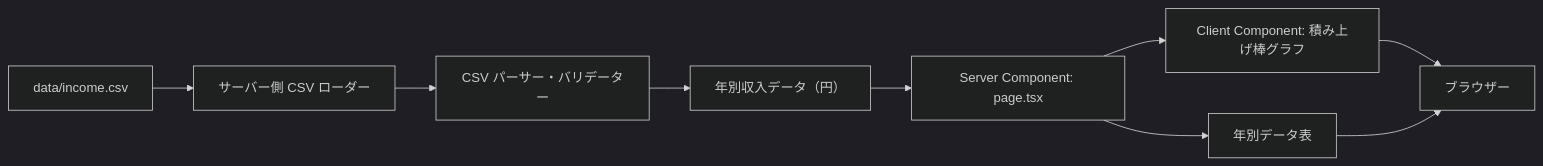
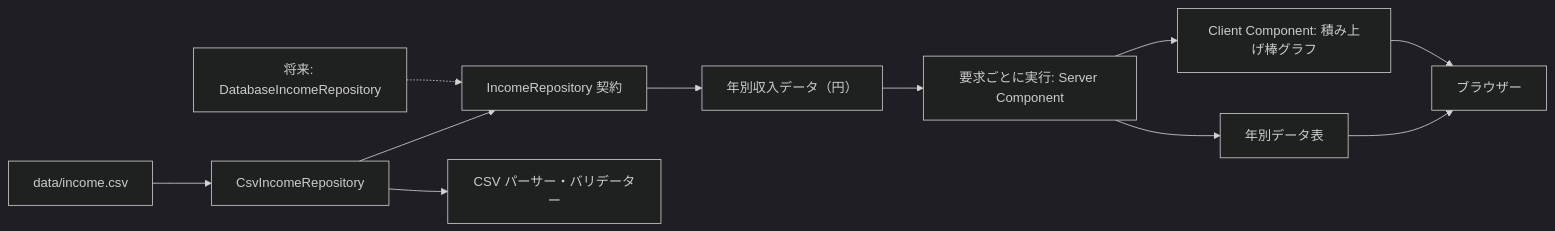
Before and after one commit to TakuyaFukumura/income-viewer-next-js-app: the diagram in docs/設計書.md, drawn with Mermaid (dark theme). The commit also changed other lines of this file, not shown here.

Commit message:
Design repository abstraction for future data sources

````diff
--- a/docs/設計書.md
+++ b/docs/設計書.md
@@ -18,11 +19,13 @@
 ```mermaid
 flowchart LR
-    CSV["data/income.csv"] --> Loader["サーバー側 CSV ローダー"]
-    Loader --> Parser["CSV パーサー・バリデーター"]
-    Parser --> Model["年別収入データ（円）"]
-    Model --> Page["Server Component: page.tsx"]
+    CSV["data/income.csv"] --> CsvRepo["CsvIncomeRepository"]
+    DbRepo["将来: DatabaseIncomeRepository"] -.-> Contract["IncomeRepository 契約"]
+    CsvRepo --> Contract
+    Contract --> Model["年別収入データ（円）"]
+    Model --> Page["要求ごとに実行: Server Component"]
+    CsvRepo --> Parser["CSV パーサー・バリデーター"]
     Page --> Chart["Client Component: 積み上げ棒グラフ"]
     Page --> Table["年別データ表"]
     Chart --> Browser["ブラウザー"]
     Table --> Browser
 ```
````
